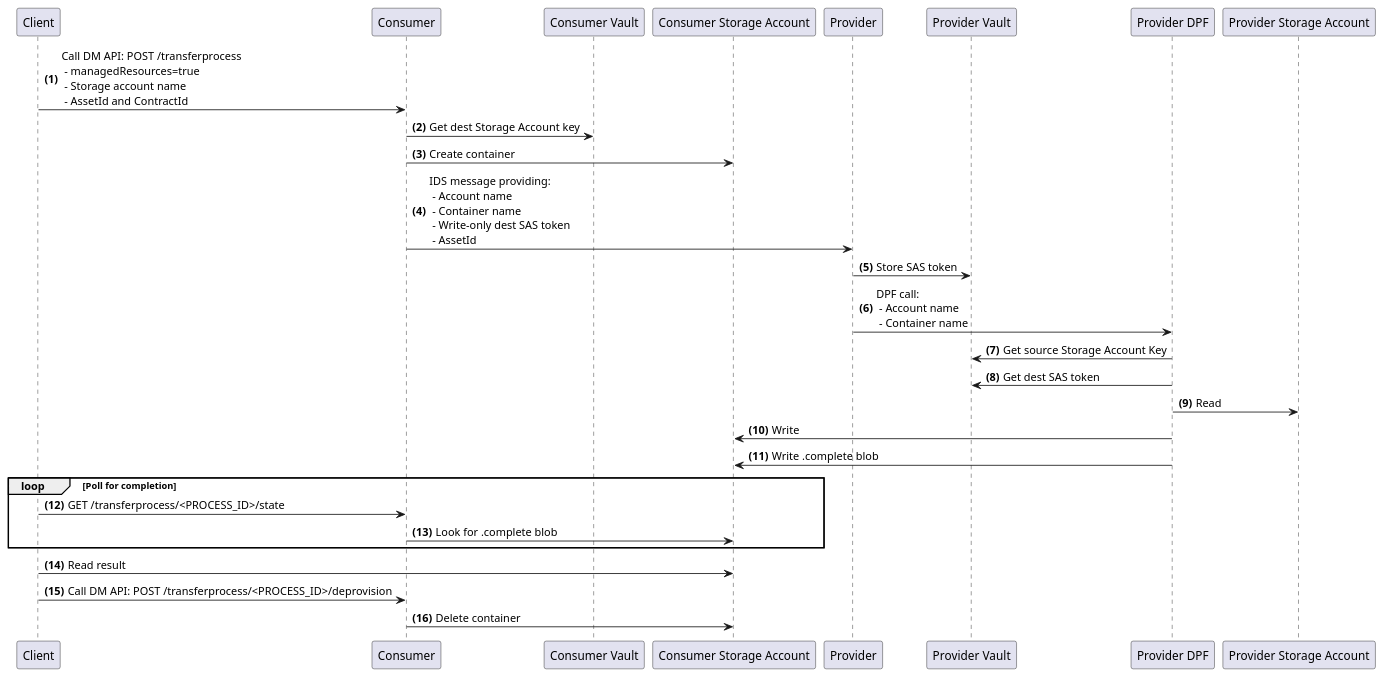
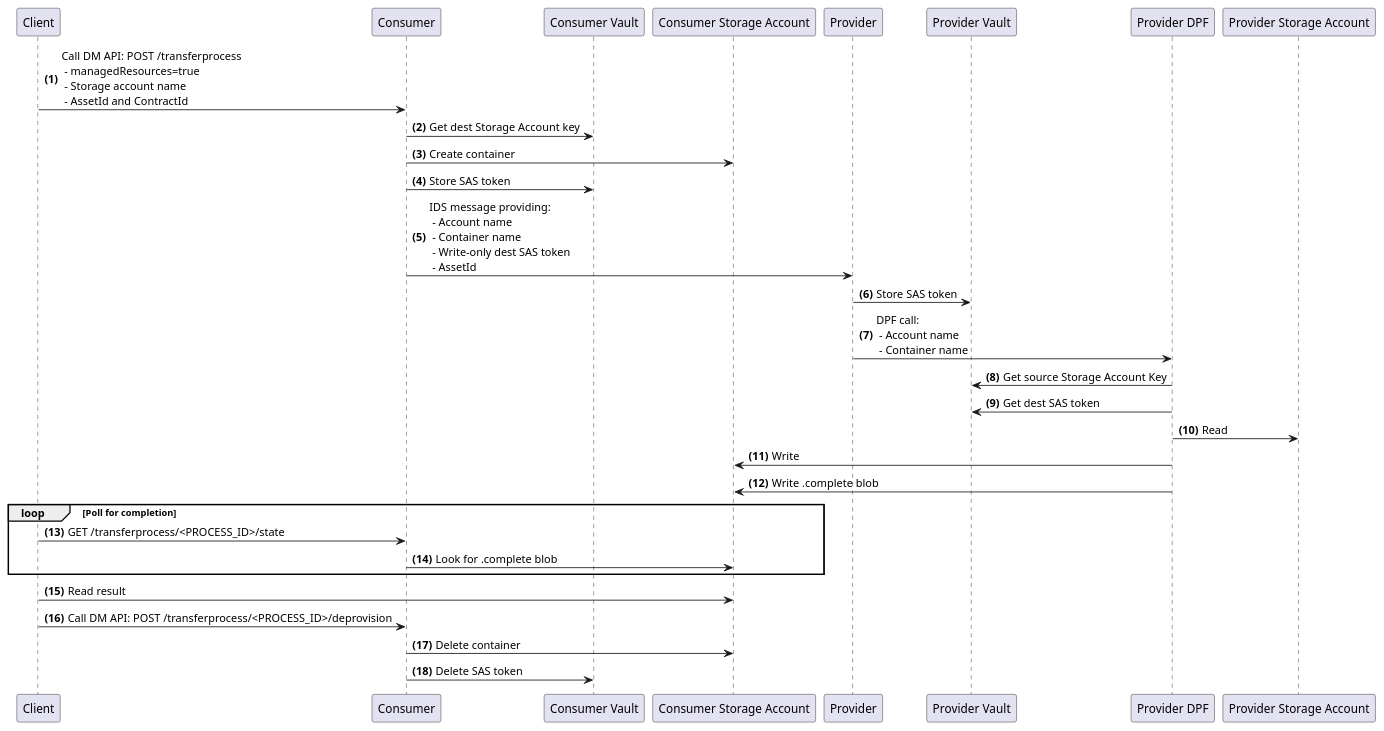
One commit to agera-edc/DataSpaceConnector changed the diagram in docs/diagrams/blob-transfer.puml. Above: the diagram before and after it, drawn with PlantUML. The commit also changed 2 other files, not shown here.

Commit message:
Added storage and deletion of sas token in the puml.

```diff
--- a/docs/diagrams/blob-transfer.puml
+++ b/docs/diagrams/blob-transfer.puml
@@ -15,21 +15,23 @@
 @startuml
 autonumber "<b>(0)"
 Client -> Consumer: Call DM API: POST /transferprocess \n - managedResources=true\n - Storage account name \n - AssetId and ContractId
 Consumer -> "Consumer Vault": Get dest Storage Account key
 Consumer -> "Consumer Storage Account": Create container
+Consumer -> "Consumer Vault": Store SAS token
 Consumer -> Provider: IDS message providing: \n - Account name \n - Container name \n - Write-only dest SAS token \n - AssetId
 Provider -> "Provider Vault": Store SAS token
 Provider -> "Provider DPF": DPF call: \n - Account name \n - Container name
 "Provider DPF" -> "Provider Vault": Get source Storage Account Key
 "Provider DPF" -> "Provider Vault": Get dest SAS token
 "Provider DPF" -> "Provider Storage Account": Read
 "Provider DPF" -> "Consumer Storage Account": Write
 "Provider DPF" -> "Consumer Storage Account": Write .complete blob
 loop  Poll for completion
     Client -> Consumer: GET /transferprocess/<PROCESS_ID>/state
     Consumer -> "Consumer Storage Account": Look for .complete blob
 end
 Client -> "Consumer Storage Account": Read result
 Client -> "Consumer": Call DM API: POST /transferprocess/<PROCESS_ID>/deprovision
 Consumer -> "Consumer Storage Account": Delete container
+Consumer -> "Consumer Vault": Delete SAS token
 @enduml
```
